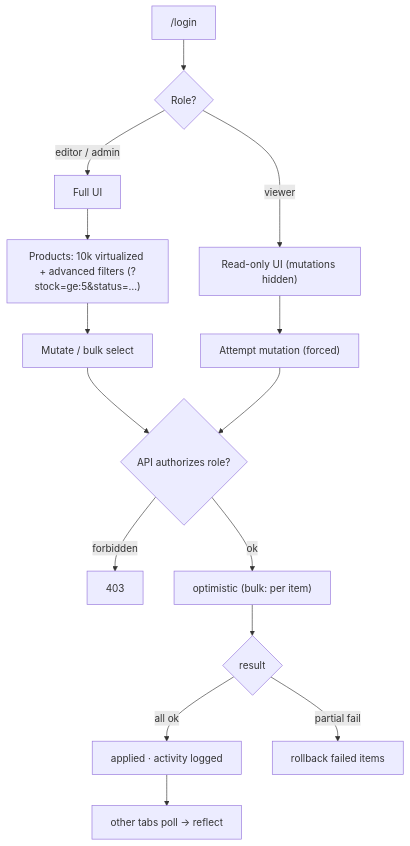
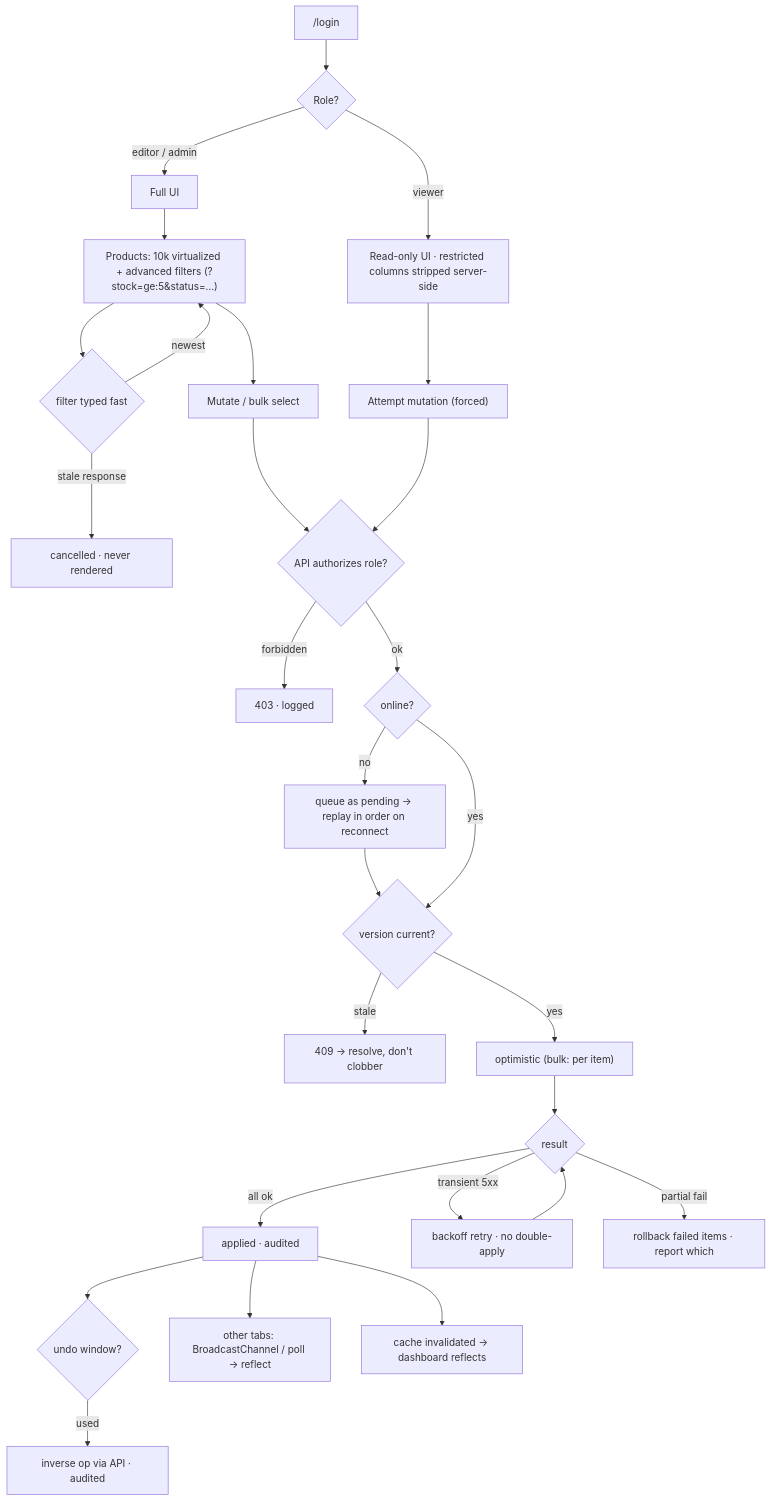
One commit to trungnd-voyager/training changed the diagram in projects/admin/senior/flow.md. Above: the diagram before and after it, drawn with Mermaid. The commit also changed other lines of this file and 34 other files, not shown here.

Commit message:
feat: Add evaluation and flow documentation for E-commerce and Kanban projects

````diff
--- a/projects/admin/senior/flow.md
+++ b/projects/admin/senior/flow.md
@@ -5,17 +5,28 @@
 ```mermaid
 flowchart TD
   Login["/login"] --> Role{"Role?"}
-  Role -- viewer --> RO["Read-only UI (mutations hidden)"]
+  Role -- viewer --> RO["Read-only UI · restricted columns stripped server-side"]
   Role -- editor / admin --> RW["Full UI"]
   RW --> Table["Products: 10k virtualized + advanced filters (?stock=ge:5&status=…)"]
+  Table --> Race{"filter typed fast"}
+  Race -- stale response --> Drop["cancelled · never rendered"]
+  Race -- newest --> Table
   Table --> Mut["Mutate / bulk select"]
   RO --> Try["Attempt mutation (forced)"]
   Mut --> Auth{"API authorizes role?"}
   Try --> Auth
-  Auth -- forbidden --> F403["403"]
-  Auth -- ok --> Opt["optimistic (bulk: per item)"]
+  Auth -- forbidden --> F403["403 · logged"]
+  Auth -- ok --> Net{"online?"}
+  Net -- no --> Q["queue as pending → replay in order on reconnect"] --> Ver
+  Net -- yes --> Ver{"version current?"}
+  Ver -- stale --> C409["409 → resolve, don't clobber"]
+  Ver -- yes --> Opt["optimistic (bulk: per item)"]
   Opt --> Res{"result"}
-  Res -- all ok --> Done["applied · activity logged"]
-  Res -- partial fail --> RB["rollback failed items"]
-  Done --> Sync["other tabs poll → reflect"]
+  Res -- all ok --> Done["applied · audited"]
+  Res -- transient 5xx --> Retry["backoff retry · no double-apply"] --> Res
+  Res -- partial fail --> RB["rollback failed items · report which"]
+  Done --> Undo{"undo window?"}
+  Undo -- used --> Inv["inverse op via API · audited"]
+  Done --> Sync["other tabs: BroadcastChannel / poll → reflect"]
+  Done --> Inval["cache invalidated → dashboard reflects"]
 ```
````
